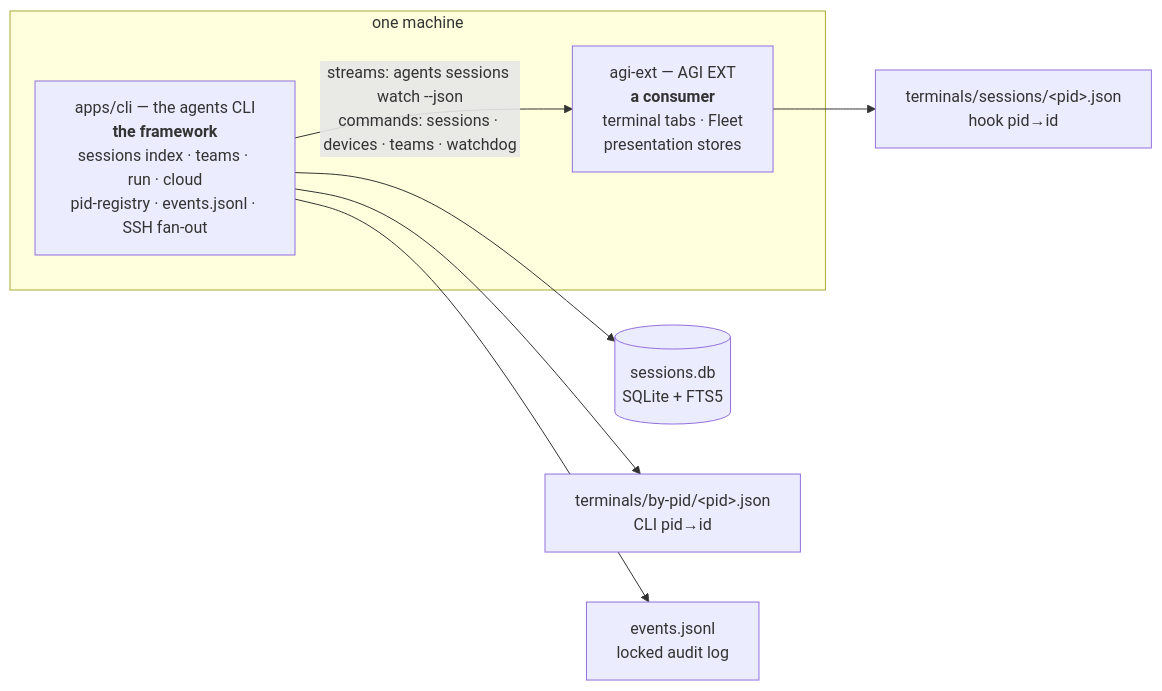
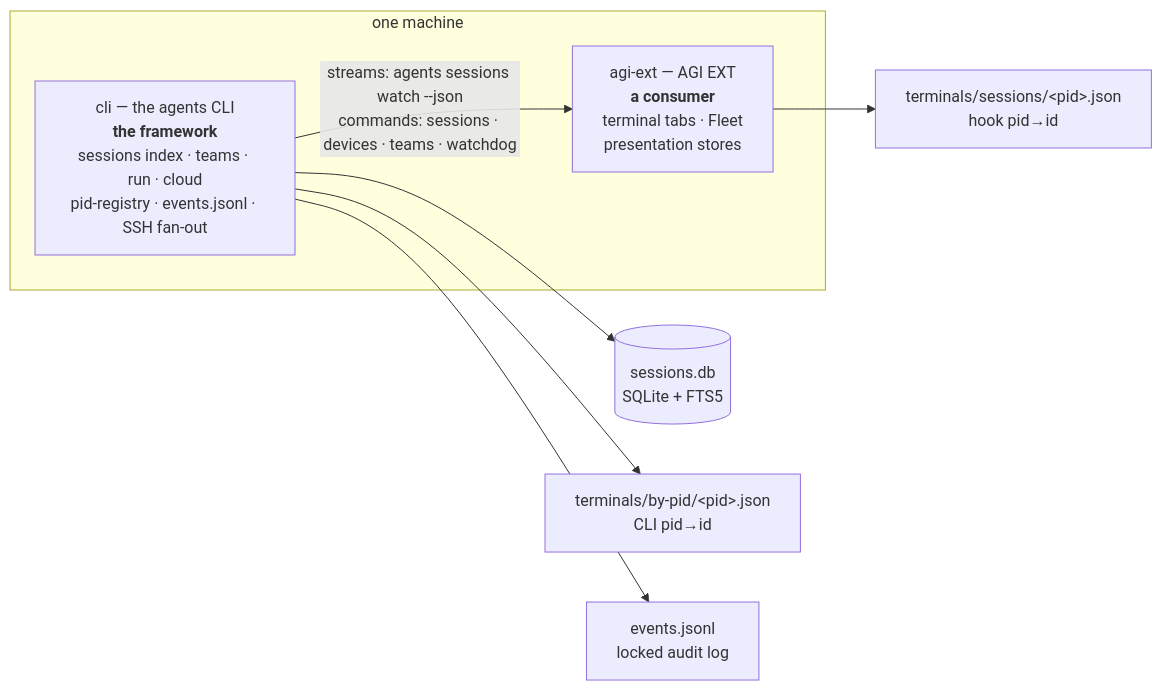
The first of 2 diagrams in cli/docs/architecture.md (phnx-labs/agents-cli), drawn with Mermaid before and after one commit. The commit also changed other lines of this file and 120 other files, not shown here.

First line of the commit message:
refactor!: sweep every apps/cli reference to cli/ after the flatten

````diff
--- a/cli/docs/architecture.md
+++ b/cli/docs/architecture.md
@@ -28,12 +28,12 @@
 ```mermaid
 flowchart LR
   subgraph machine["one machine"]
-    CLI["apps/cli — the agents CLI<br/><b>the framework</b><br/>sessions index · teams · run · cloud<br/>pid-registry · events.jsonl · SSH fan-out"]
+    CLI["cli — the agents CLI<br/><b>the framework</b><br/>sessions index · teams · run · cloud<br/>pid-registry · events.jsonl · SSH fan-out"]
     FAC["agi-ext — AGI EXT<br/><b>a consumer</b><br/>terminal tabs · Fleet<br/>presentation stores"]
     CLI -- "streams: agents sessions watch --json<br/>commands: sessions · devices · teams · watchdog" --> FAC
   end
   CLI --> DB[("sessions.db<br/>SQLite + FTS5")]
   CLI --> BYPID["terminals/by-pid/&lt;pid&gt;.json<br/>CLI pid→id"]
   FAC --> SESS["terminals/sessions/&lt;pid&gt;.json<br/>hook pid→id"]
   CLI --> EV["events.jsonl<br/>locked audit log"]
 ```
````
